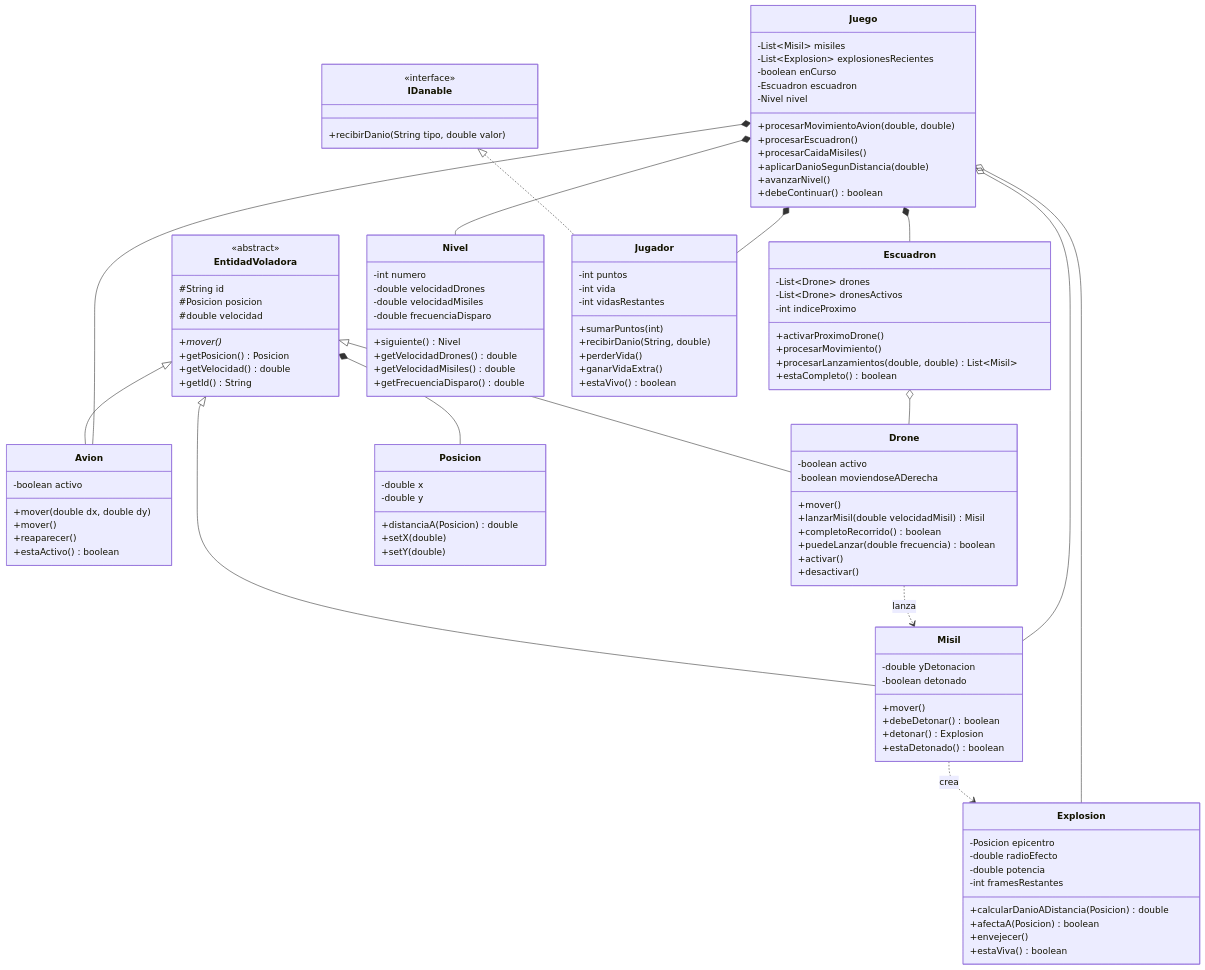
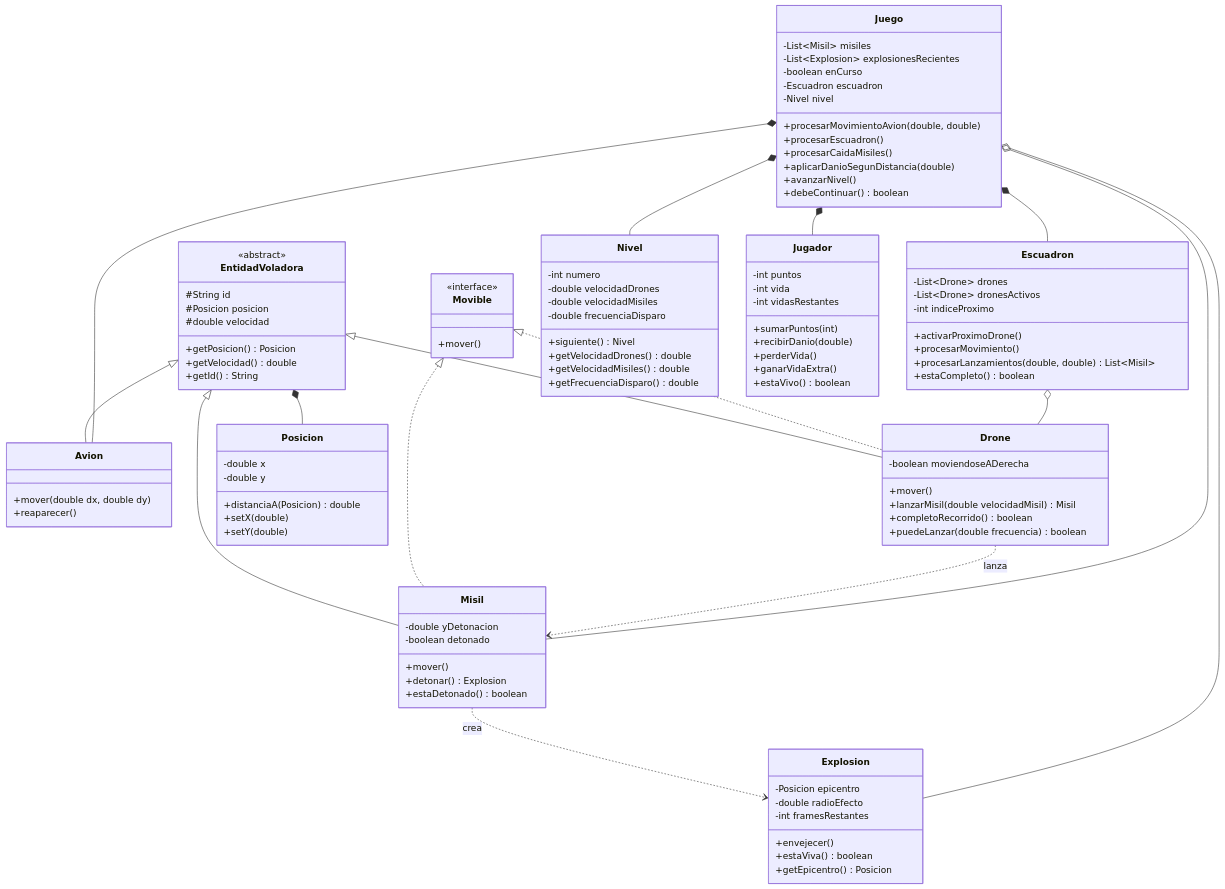
The diagram in diagrama-clases.md (Ogstra/TP-PO-G5), drawn with Mermaid before and after one commit. The commit also changed other lines of this file, not shown here.

Commit message:
docs: diagrama actualizado con Movible

```diff
--- a/diagrama-clases.md
+++ b/diagrama-clases.md
@@ -9,41 +9,33 @@
         #String id
         #Posicion posicion
         #double velocidad
-        +mover()*
         +getPosicion() Posicion
         +getVelocidad() double
         +getId() String
     }
 
-    class IDanable {
+    class Movible {
         <<interface>>
-        +recibirDanio(String tipo, double valor)
+        +mover()
     }
 
     class Avion {
-        -boolean activo
         +mover(double dx, double dy)
-        +mover()
         +reaparecer()
-        +estaActivo() boolean
     }
 
     class Drone {
-        -boolean activo
         -boolean moviendoseADerecha
         +mover()
         +lanzarMisil(double velocidadMisil) Misil
         +completoRecorrido() boolean
         +puedeLanzar(double frecuencia) boolean
-        +activar()
-        +desactivar()
     }
 
     class Misil {
         -double yDetonacion
         -boolean detonado
         +mover()
-        +debeDetonar() boolean
         +detonar() Explosion
         +estaDetonado() boolean
     }
@@ -51,12 +43,10 @@
     class Explosion {
         -Posicion epicentro
         -double radioEfecto
-        -double potencia
         -int framesRestantes
-        +calcularDanioADistancia(Posicion) double
-        +afectaA(Posicion) boolean
         +envejecer()
         +estaViva() boolean
+        +getEpicentro() Posicion
     }
 
     class Posicion {
@@ -93,7 +83,7 @@
         -int vida
         -int vidasRestantes
         +sumarPuntos(int)
-        +recibirDanio(String, double)
+        +recibirDanio(double)
         +perderVida()
         +ganarVidaExtra()
         +estaVivo() boolean
@@ -116,7 +106,8 @@
     EntidadVoladora <|-- Avion
     EntidadVoladora <|-- Drone
     EntidadVoladora <|-- Misil
-    IDanable <|.. Jugador
+    Movible <|.. Drone
+    Movible <|.. Misil
 
     Drone ..> Misil : lanza
     Misil ..> Explosion : crea
```
